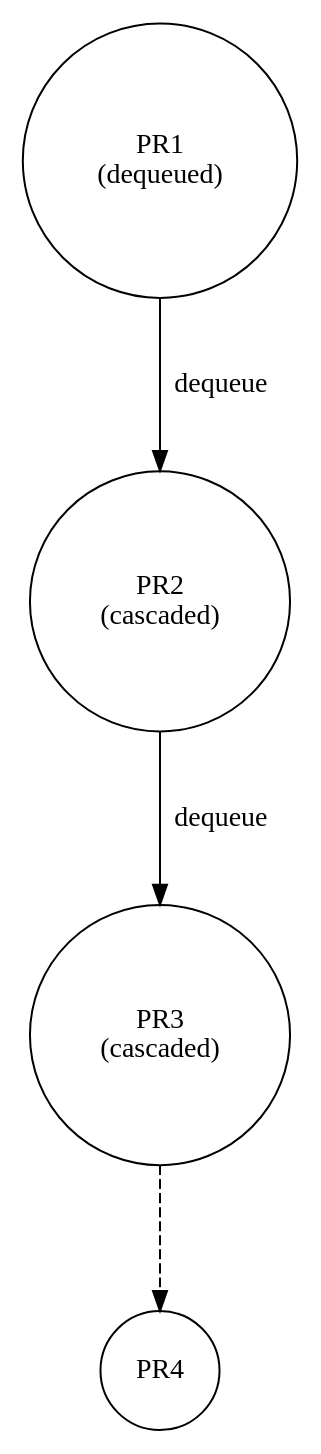
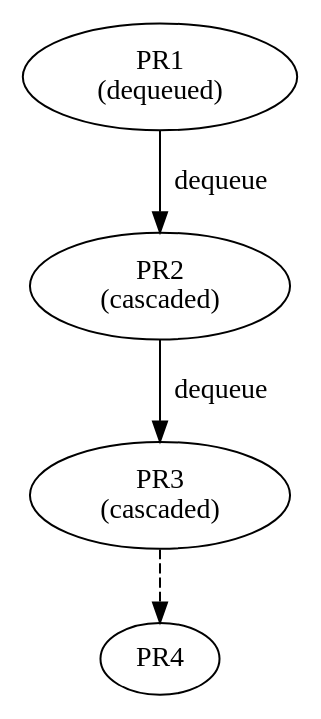
The third of 3 diagrams in src/content/docs/merge-queue/stacks.mdx (Mergifyio/docs), drawn with Graphviz before and after one commit. The commit also changed other lines of this file and 20 other files, not shown here.

First line of the commit message:
feat(diagrams): size by type, caption in HTML, one meaning per role

````diff
--- a/src/content/docs/merge-queue/stacks.mdx
+++ b/src/content/docs/merge-queue/stacks.mdx
@@ -206,16 +201,12 @@
-```dot class="queue"
+```dot class="queue" title="Cascade dequeue: dequeuing PR1 also dequeues PR2 and PR3; PR4 stays in the queue"
 digraph {
-  ranksep=1.0;
-  // Not fixedsize: these labels are two lines, so let the circle grow to them.
-  node [shape=circle];
-
   PR1 [label="PR1\n(dequeued)", class="failed"];
   PR2 [label="PR2\n(cascaded)", class="muted"];
   PR3 [label="PR3\n(cascaded)", class="muted"];
   PR4 [class="queued"];
 
   PR1 -> PR2 [label="dequeue", class="failed"];
   PR2 -> PR3 [label="dequeue", class="failed"];
   PR3 -> PR4 [style=dashed, class="muted"];
 }
 ```
````
